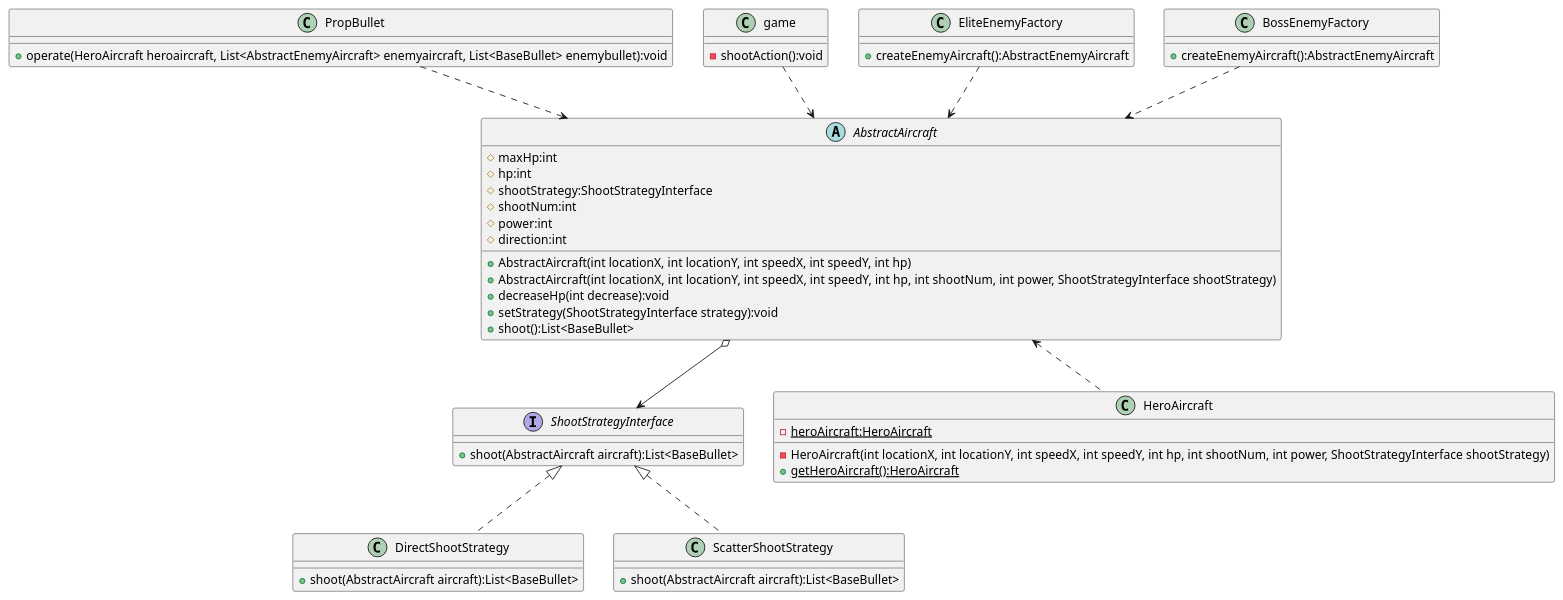
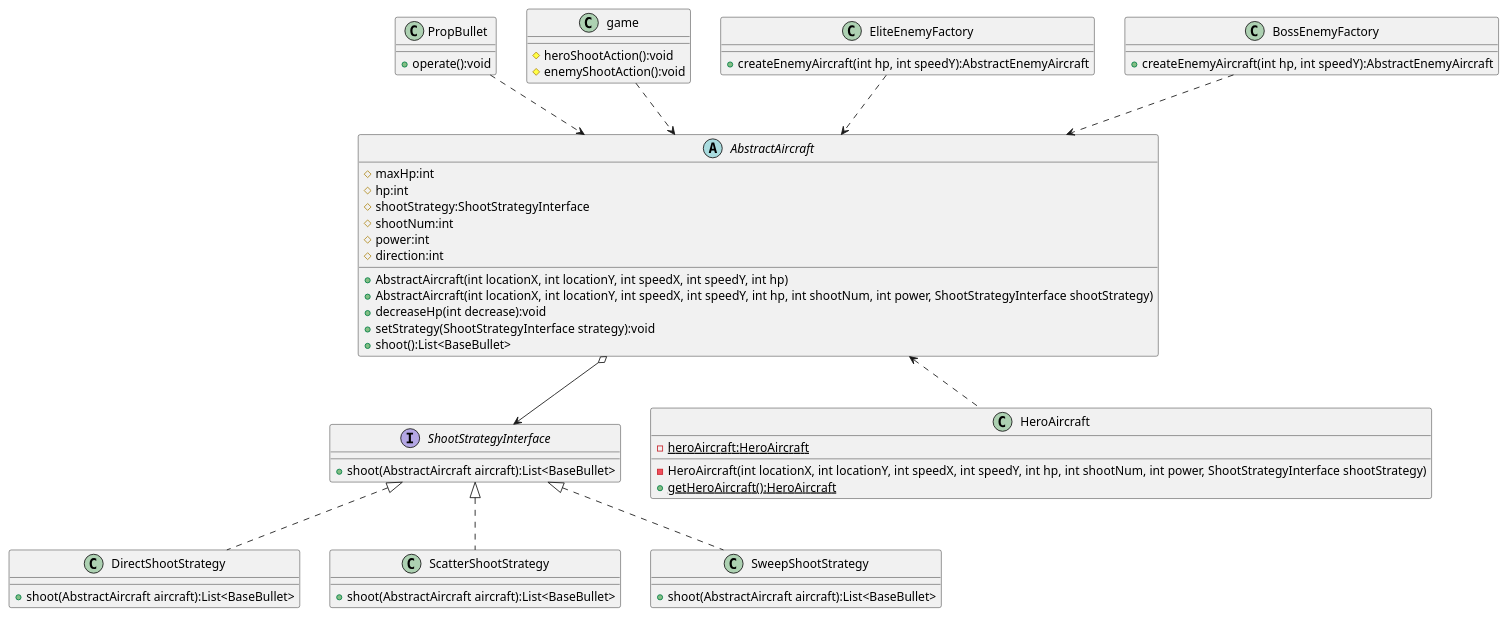
One commit to 2020lwh567/AircraftWar changed the diagram in uml/StrategyPattern.puml. Above: the diagram before and after it, drawn with PlantUML. The commit also changed 21 other files, not shown here.

Commit message:
修改类图和部分参数

```diff
--- a/uml/StrategyPattern.puml
+++ b/uml/StrategyPattern.puml
@@ -1,62 +1,68 @@
 @startuml
 'https://plantuml.com/class-diagram
 
 abstract class AbstractAircraft
 {
 	# maxHp:int
     # hp:int
     # shootStrategy:ShootStrategyInterface
     # shootNum:int
     # power:int
     # direction:int
     + AbstractAircraft(int locationX, int locationY, int speedX, int speedY, int hp)
     + AbstractAircraft(int locationX, int locationY, int speedX, int speedY, int hp, int shootNum, int power, ShootStrategyInterface shootStrategy)
     + decreaseHp(int decrease):void
     + setStrategy(ShootStrategyInterface strategy):void
     + shoot():List<BaseBullet>
 }
 
 interface ShootStrategyInterface {
     + shoot(AbstractAircraft aircraft):List<BaseBullet>
 }
 
 AbstractAircraft <.up. BossEnemyFactory
 AbstractAircraft <.up. EliteEnemyFactory
 AbstractAircraft <.up. game
 AbstractAircraft <.up. PropBullet
 AbstractAircraft <.down. HeroAircraft
 AbstractAircraft o--> ShootStrategyInterface
 ShootStrategyInterface <|.. DirectShootStrategy
 ShootStrategyInterface <|.. ScatterShootStrategy
+ShootStrategyInterface <|.. SweepShootStrategy
 
 class HeroAircraft {
     - {static} heroAircraft:HeroAircraft
     - HeroAircraft(int locationX, int locationY, int speedX, int speedY, int hp, int shootNum, int power, ShootStrategyInterface shootStrategy)
     + {static} getHeroAircraft():HeroAircraft
 }
 
 class EliteEnemyFactory {
-    + createEnemyAircraft():AbstractEnemyAircraft
+    + createEnemyAircraft(int hp, int speedY):AbstractEnemyAircraft
 }
 
 class BossEnemyFactory {
-    + createEnemyAircraft():AbstractEnemyAircraft
+    + createEnemyAircraft(int hp, int speedY):AbstractEnemyAircraft
 }
 
 class DirectShootStrategy {
     + shoot(AbstractAircraft aircraft):List<BaseBullet>
 }
 
 class ScatterShootStrategy {
     + shoot(AbstractAircraft aircraft):List<BaseBullet>
 }
 
+class SweepShootStrategy {
+    + shoot(AbstractAircraft aircraft):List<BaseBullet>
+}
+
 class game{
-    - shootAction():void
+    # heroShootAction():void
+    # enemyShootAction():void
 }
 
 class PropBullet{
-    + operate(HeroAircraft heroaircraft, List<AbstractEnemyAircraft> enemyaircraft, List<BaseBullet> enemybullet):void
+    + operate():void
 }
 
 @enduml
```
